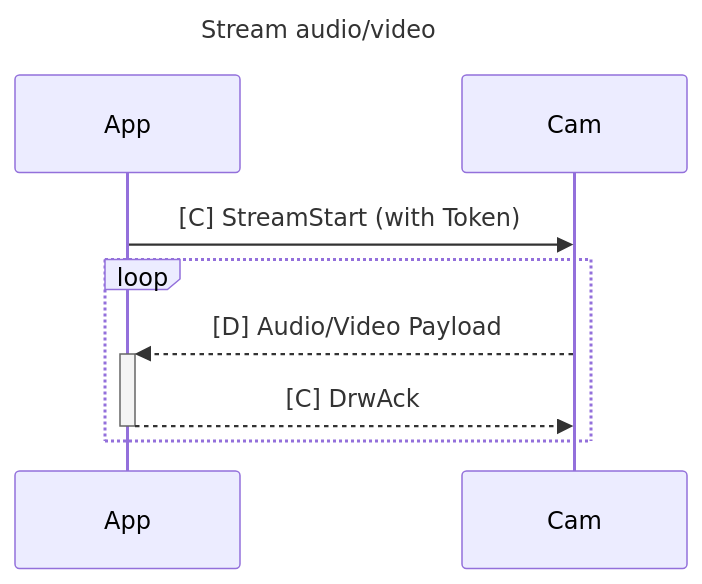
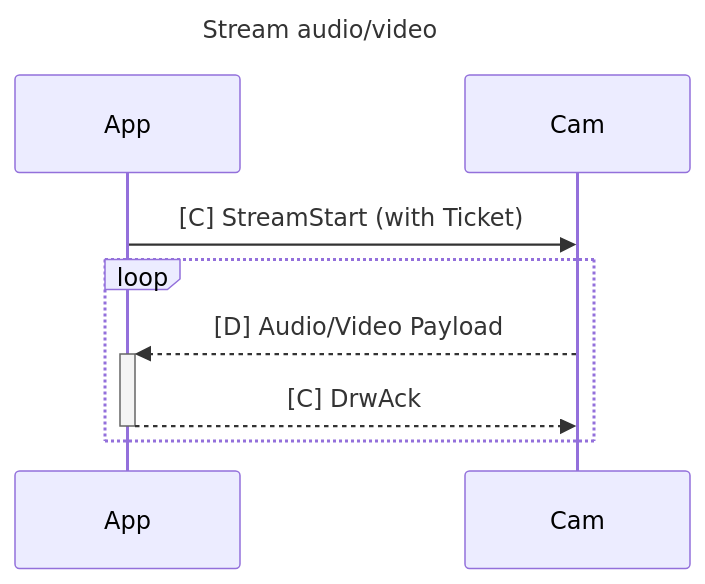
The second of 2 diagrams in README.md (DavidVentura/cam-reverse), drawn with Mermaid before and after one commit. The commit also changed other lines of this file, not shown here.

Commit message:
token->ticket

````diff
--- a/README.md
+++ b/README.md
@@ -78,13 +78,13 @@
 ```mermaid
 ---
 title: Stream audio/video
 ---
 
 sequenceDiagram
-    App->>Cam: [C] StreamStart (with Token)
+    App->>Cam: [C] StreamStart (with Ticket)
    
    loop
         Cam-->>+App: [D] Audio/Video Payload
         App-->>-Cam: [C] DrwAck
     end
 ```
````
